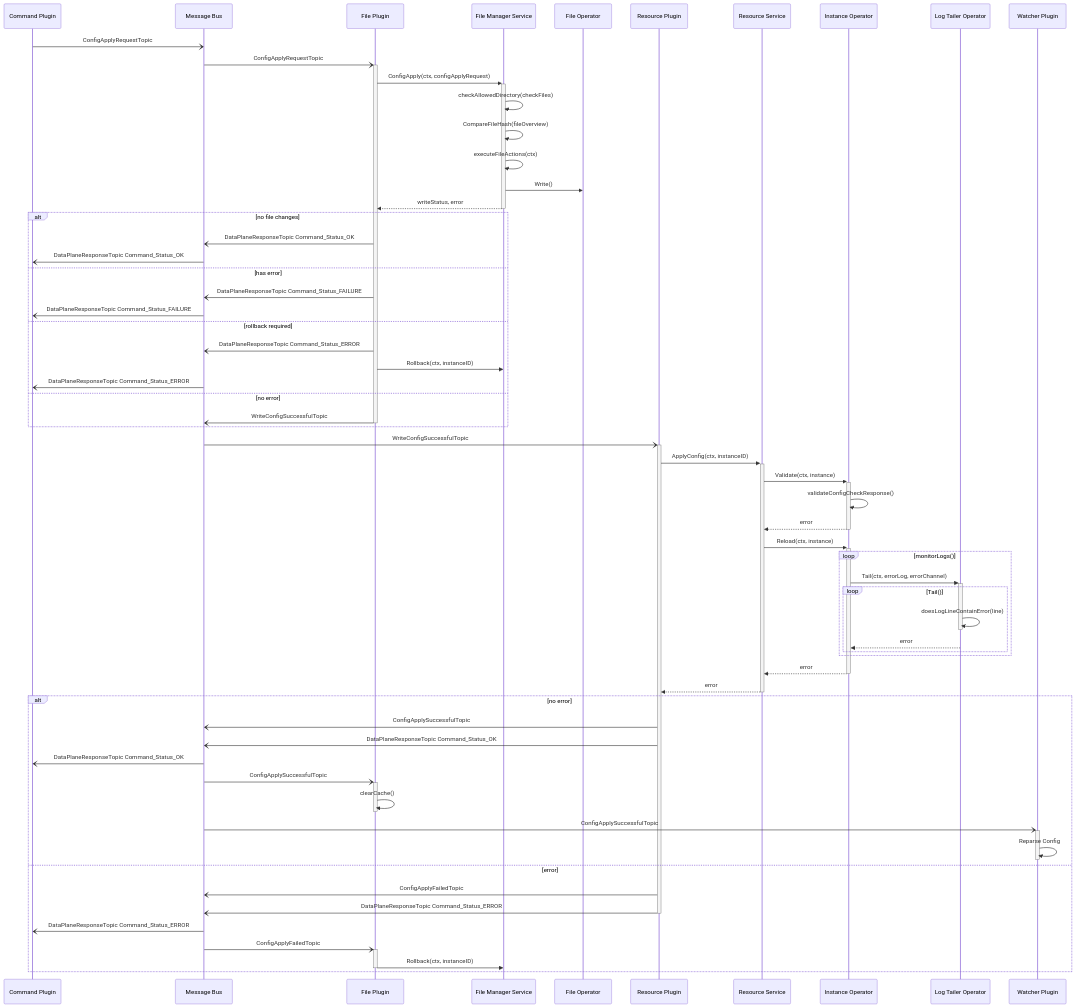
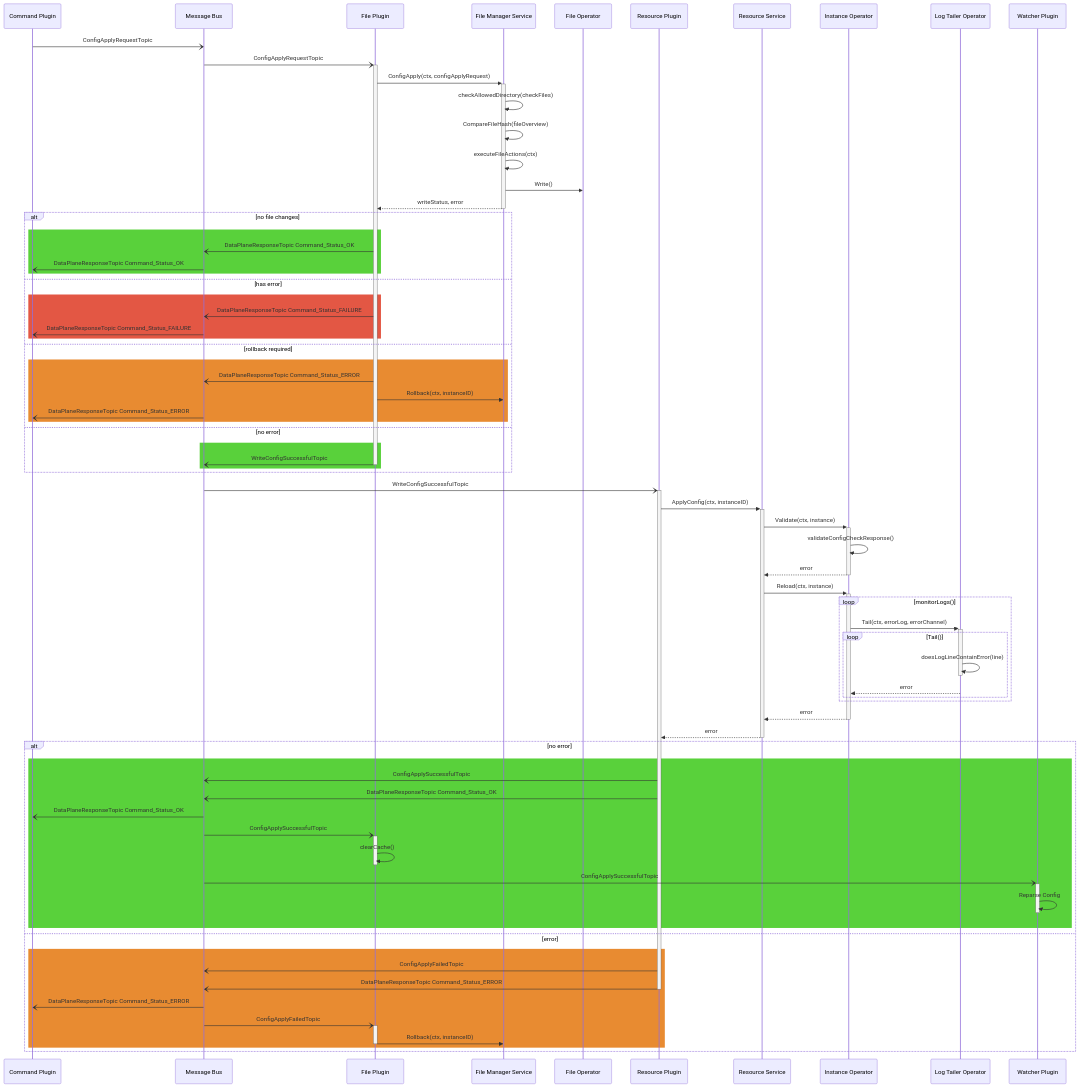
The second of 2 diagrams in docs/architecture/config_apply.md (nginx/agent), drawn with Mermaid before and after one commit.

Commit message:
add colour coding

````diff
--- a/docs/architecture/config_apply.md
+++ b/docs/architecture/config_apply.md
@@ -41,59 +41,71 @@
 ```mermaid
 sequenceDiagram
   Command Plugin-)Message Bus: ConfigApplyRequestTopic
   Message Bus-)+File Plugin: ConfigApplyRequestTopic
   File Plugin->>+File Manager Service: ConfigApply(ctx, configApplyRequest)
   File Manager Service->>File Manager Service: checkAllowedDirectory(checkFiles)
 %%   this is in file helpers should I show that ?
   File Manager Service->>File Manager Service: CompareFileHash(fileOverview)
 %%   Not sure about the write operation here ?????
   File Manager Service->>File Manager Service: executeFileActions(ctx)
   File Manager Service->>File Operator: Write()
 %% should this also have the write status ?
   File Manager Service-->>-File Plugin: writeStatus, error
+  
     alt no file changes
+    rect rgb(89, 209, 59)
         File Plugin-)Message Bus: DataPlaneResponseTopic Command_Status_OK
         Message Bus-) Command Plugin: DataPlaneResponseTopic Command_Status_OK
+    end
     else has error
+    rect rgb(227, 87, 68)
         File Plugin-)Message Bus: DataPlaneResponseTopic Command_Status_FAILURE
         Message Bus-) Command Plugin: DataPlaneResponseTopic Command_Status_FAILURE
+        end
     else rollback required
+    rect rgb(232, 139, 49)
     %% Dunno if this should be here... rollback is a seperate diagram 
         File Plugin-)Message Bus: DataPlaneResponseTopic Command_Status_ERROR
         File Plugin->>File Manager Service: Rollback(ctx, instanceID)
         Message Bus-) Command Plugin: DataPlaneResponseTopic Command_Status_ERROR
+        end
     else no error
+    rect rgb(89, 209, 59)
         File Plugin-)-Message Bus: WriteConfigSuccessfulTopic
-
+    end
     end 
 Message Bus-)+Resource Plugin: WriteConfigSuccessfulTopic
 Resource Plugin ->>+Resource Service: ApplyConfig(ctx, instanceID)
 Resource Service->>+Instance Operator: Validate(ctx, instance)
 Instance Operator->>Instance Operator: validateConfigCheckResponse()
 Instance Operator-->>-Resource Service: error
 Resource Service->>+Instance Operator: Reload(ctx, instance)
 loop monitorLogs()
     Instance Operator->>+Log Tailer Operator: Tail(ctx, errorLog, errorChannel)
     loop Tail()
     Log Tailer Operator->>-Log Tailer Operator: doesLogLineContainError(line)
     Log Tailer Operator-->>Instance Operator: error
 end 
 end 
 Instance Operator-->>-Resource Service: error
 Resource Service-->>-Resource Plugin: error
 alt no error
+rect rgb(89, 209, 59)
     Resource Plugin-)Message Bus: ConfigApplySuccessfulTopic
     Resource Plugin-)Message Bus: DataPlaneResponseTopic Command_Status_OK
     Message Bus-) Command Plugin: DataPlaneResponseTopic Command_Status_OK
     Message Bus -)+File Plugin: ConfigApplySuccessfulTopic
     File Plugin ->>-File Plugin: clearCache()
     Message Bus -)+Watcher Plugin: ConfigApplySuccessfulTopic
     Watcher Plugin ->>-Watcher Plugin: Reparse Config
+    end
     else error
+    rect rgb(232, 139, 49)
     Resource Plugin-)Message Bus: ConfigApplyFailedTopic
     Resource Plugin-)-Message Bus: DataPlaneResponseTopic Command_Status_ERROR
     Message Bus-) Command Plugin: DataPlaneResponseTopic Command_Status_ERROR
     Message Bus-)+File Plugin: ConfigApplyFailedTopic
     File Plugin->>-File Manager Service: Rollback(ctx, instanceID)
+    end
 end
 ```
````
